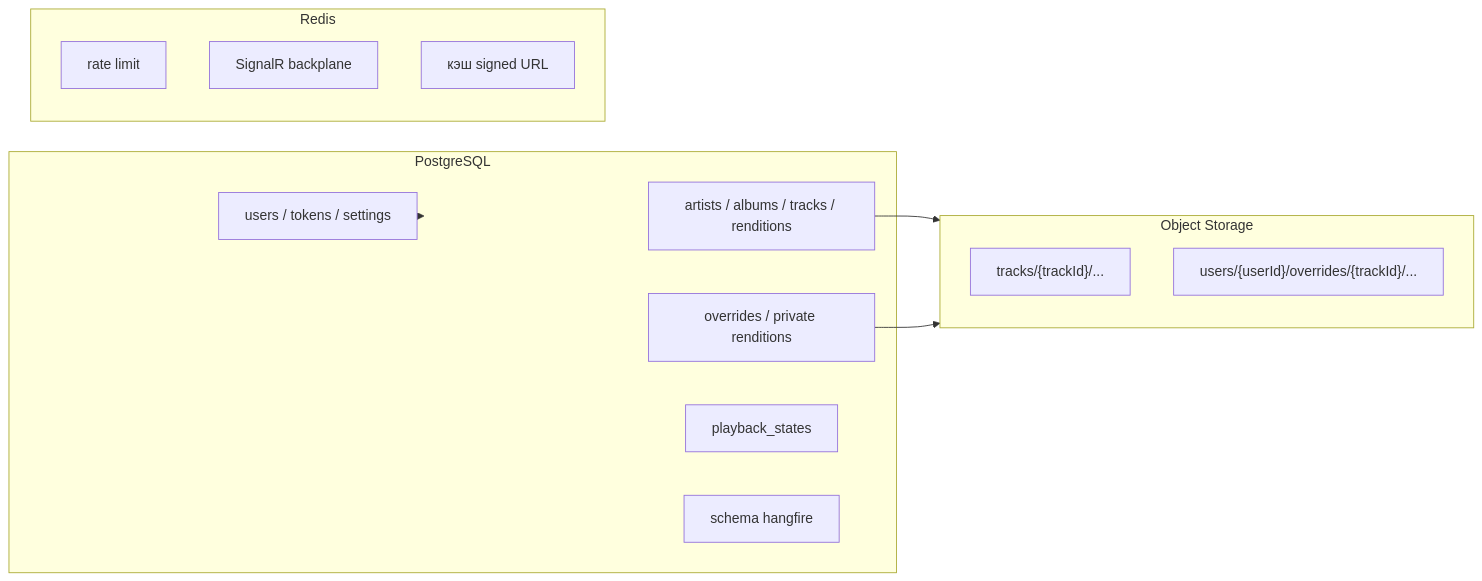
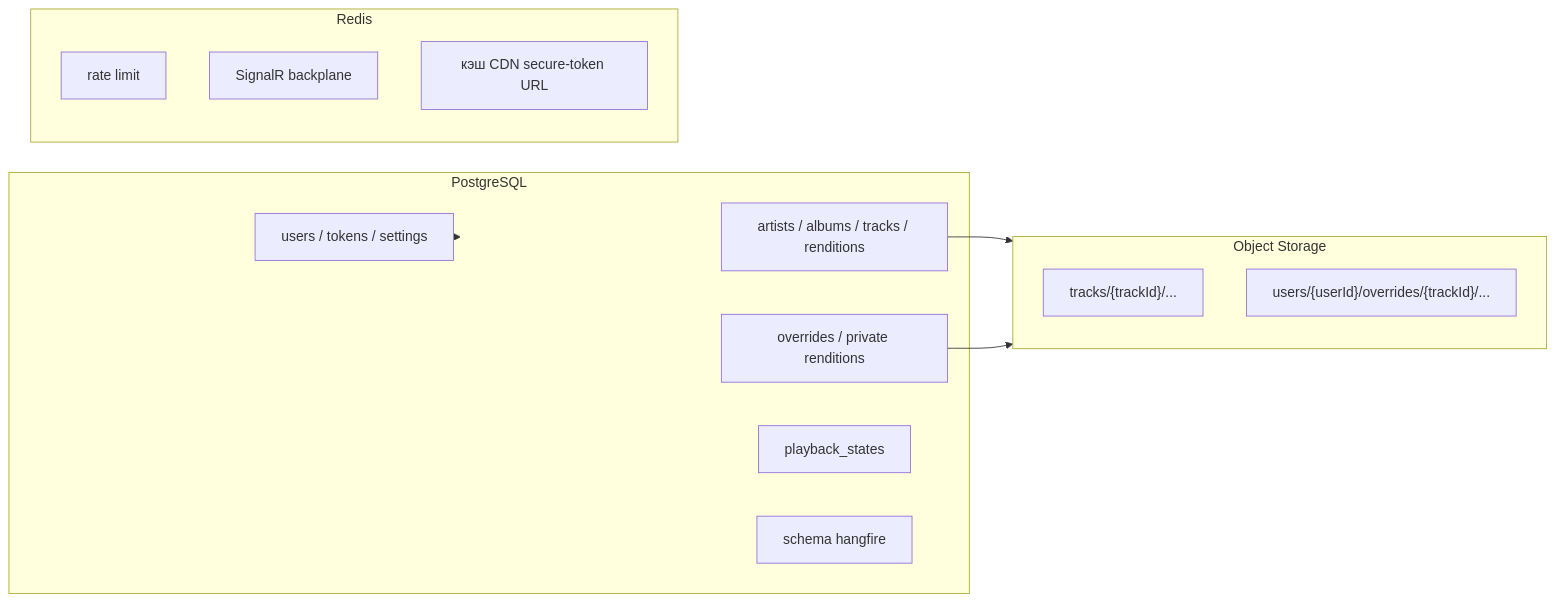
One commit to CatShredia/Music_Anti_Blur changed the first of 4 diagrams in docs/02-database-overview.md. Above: the diagram before and after it, drawn with Mermaid. The commit also changed other lines of this file and 167 other files, not shown here.

````diff
--- a/docs/02-database-overview.md
+++ b/docs/02-database-overview.md
@@ -22,25 +22,25 @@
 ```mermaid
 flowchart LR
   subgraph pg [PostgreSQL]
     Auth[users / tokens / settings]
     Cat[artists / albums / tracks / renditions]
     Own[overrides / private renditions]
     Play[playback_states]
     Hg[schema hangfire]
   end
 
   subgraph redis [Redis]
     RL[rate limit]
     BP[SignalR backplane]
-    Cache[кэш signed URL]
+    Cache[кэш CDN secure-token URL]
   end
 
   subgraph s3 [Object Storage]
     Pub["tracks/{trackId}/..."]
     Priv["users/{userId}/overrides/{trackId}/..."]
   end
 
   Auth --> pg
   Cat --> s3
   Own --> s3
 ```
````
